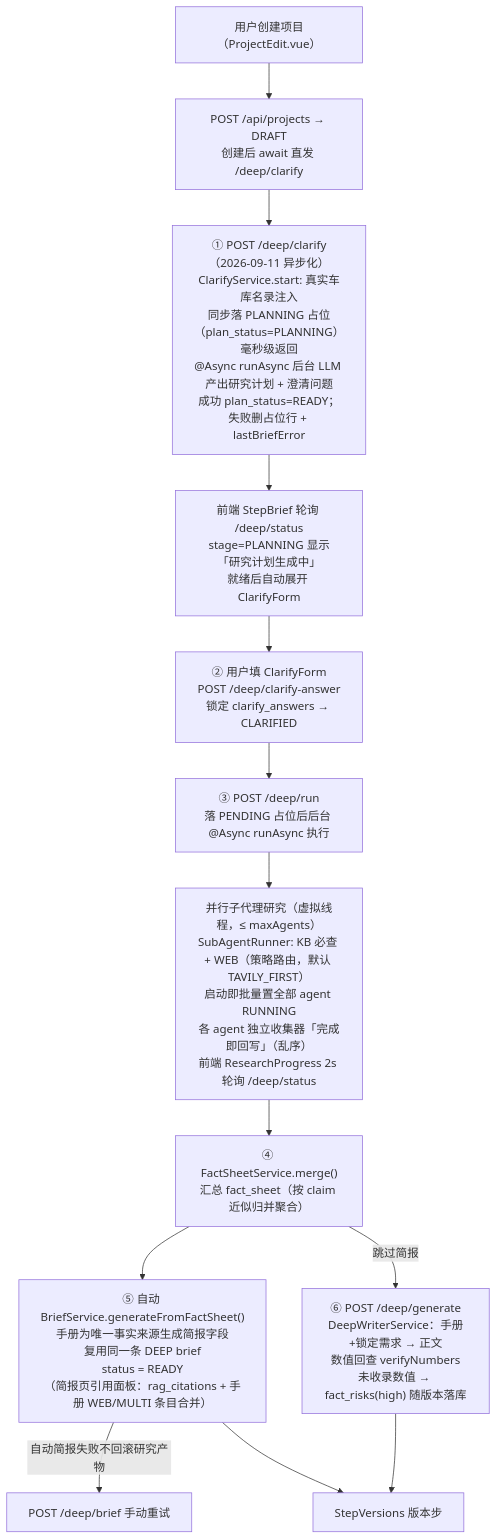
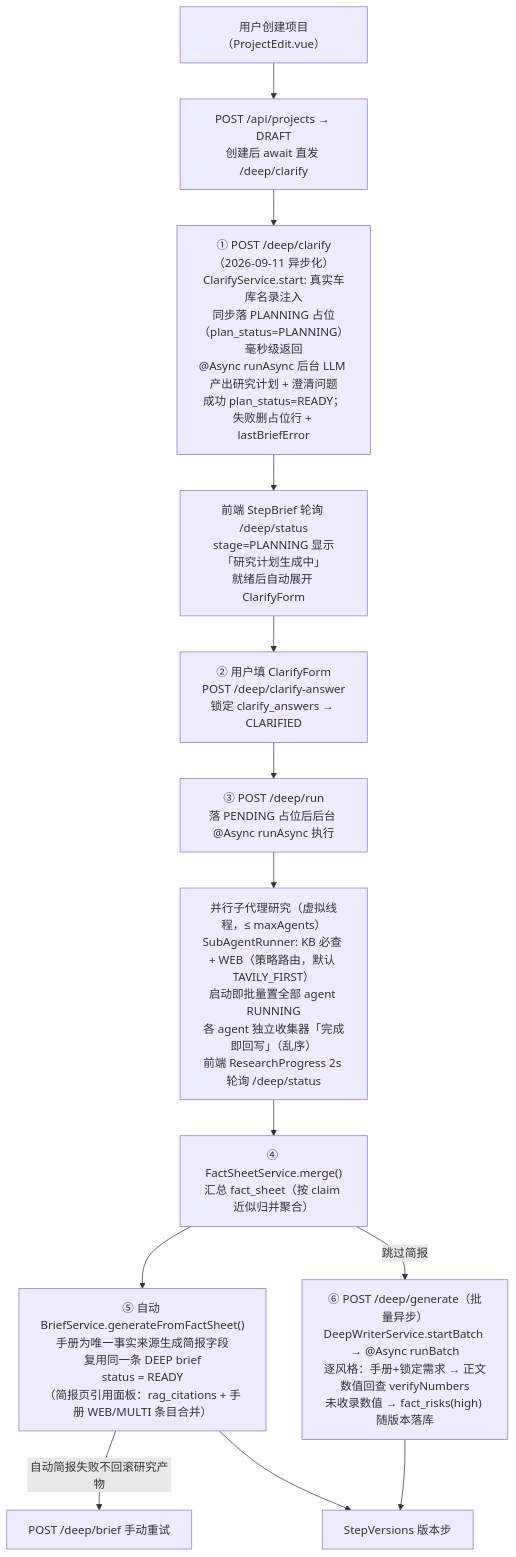
Before and after one commit to openshell/sparkora: the diagram in docs/spec/brief-generation.md, drawn with Mermaid. The commit also changed other lines of this file and 9 other files, not shown here.

First line of the commit message:
docs(spec): 生成链路异步化契约同步 + start/run 异步切分约定

````diff
--- a/docs/spec/brief-generation.md
+++ b/docs/spec/brief-generation.md
@@ -16,15 +16,15 @@
 ```mermaid
 graph TD
     U["用户创建项目（ProjectEdit.vue）"] --> C0["POST /api/projects → DRAFT<br/>创建后 await 直发 /deep/clarify"]
     C0 --> D1["① POST /deep/clarify（2026-09-11 异步化）<br/>ClarifyService.start: 真实车库名录注入<br/>同步落 PLANNING 占位（plan_status=PLANNING）毫秒级返回<br/>@Async runAsync 后台 LLM 产出研究计划 + 澄清问题<br/>成功 plan_status=READY；失败删占位行 + lastBriefError"]
     D1 --> D1b["前端 StepBrief 轮询 /deep/status<br/>stage=PLANNING 显示「研究计划生成中」<br/>就绪后自动展开 ClarifyForm"]
     D1b --> D2["② 用户填 ClarifyForm<br/>POST /deep/clarify-answer<br/>锁定 clarify_answers → CLARIFIED"]
     D2 --> D3["③ POST /deep/run<br/>落 PENDING 占位后后台 @Async runAsync 执行"]
     D3 --> D4["并行子代理研究（虚拟线程，≤ maxAgents）<br/>SubAgentRunner: KB 必查 + WEB（策略路由，默认 TAVILY_FIRST）<br/>启动即批量置全部 agent RUNNING<br/>各 agent 独立收集器「完成即回写」（乱序）<br/>前端 ResearchProgress 2s 轮询 /deep/status"]
     D4 --> D5["④ FactSheetService.merge()<br/>汇总 fact_sheet（按 claim 近似归并聚合）"]
     D5 --> D6["⑤ 自动 BriefService.generateFromFactSheet()<br/>手册为唯一事实来源生成简报字段<br/>复用同一条 DEEP brief<br/>status = READY<br/>（简报页引用面板：rag_citations + 手册 WEB/MULTI 条目合并）"]
     D6 -->|"自动简报失败不回滚研究产物"| D7["POST /deep/brief 手动重试"]
-    D5 -->|"跳过简报"| D8["⑥ POST /deep/generate<br/>DeepWriterService：手册+锁定需求 → 正文<br/>数值回查 verifyNumbers<br/>未收录数值 → fact_risks(high) 随版本落库"]
+    D5 -->|"跳过简报"| D8["⑥ POST /deep/generate（批量异步）<br/>DeepWriterService.startBatch → @Async runBatch<br/>逐风格：手册+锁定需求 → 正文<br/>数值回查 verifyNumbers<br/>未收录数值 → fact_risks(high) 随版本落库"]
     D6 --> V["StepVersions 版本步"]
     D8 --> V
 ```
````
